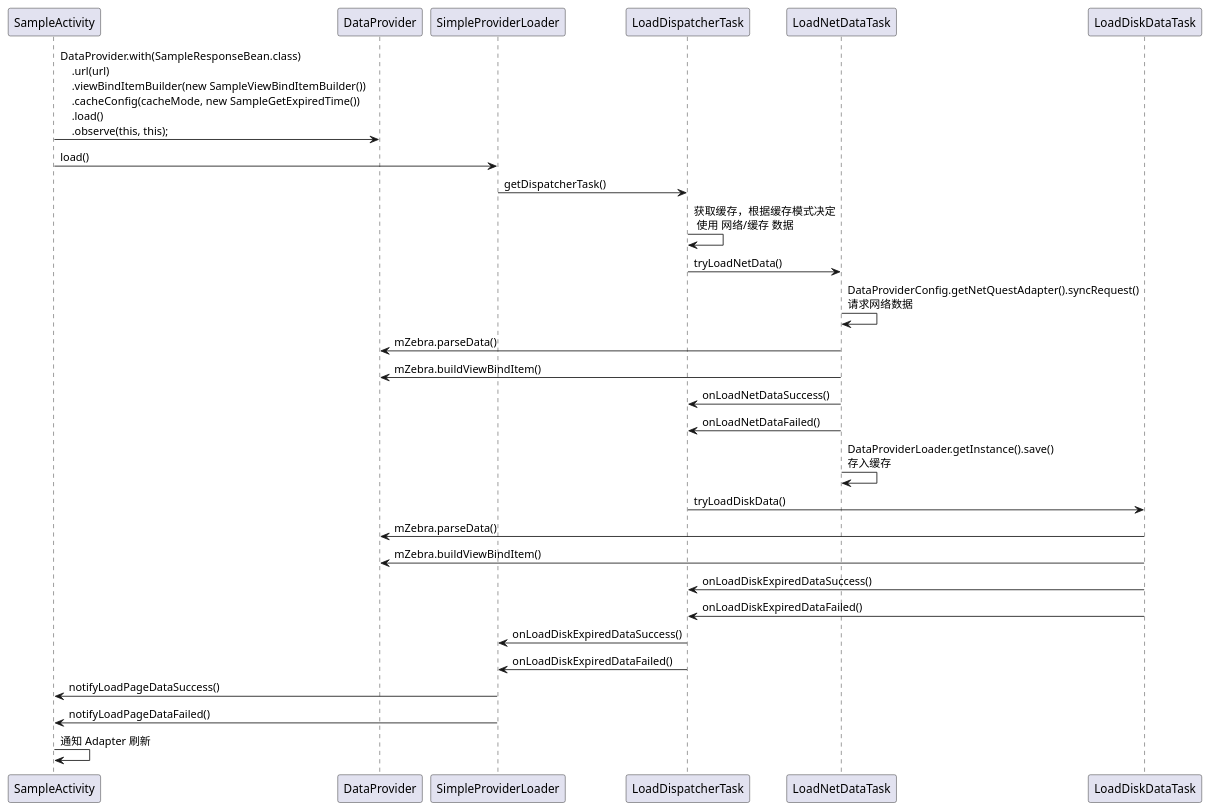
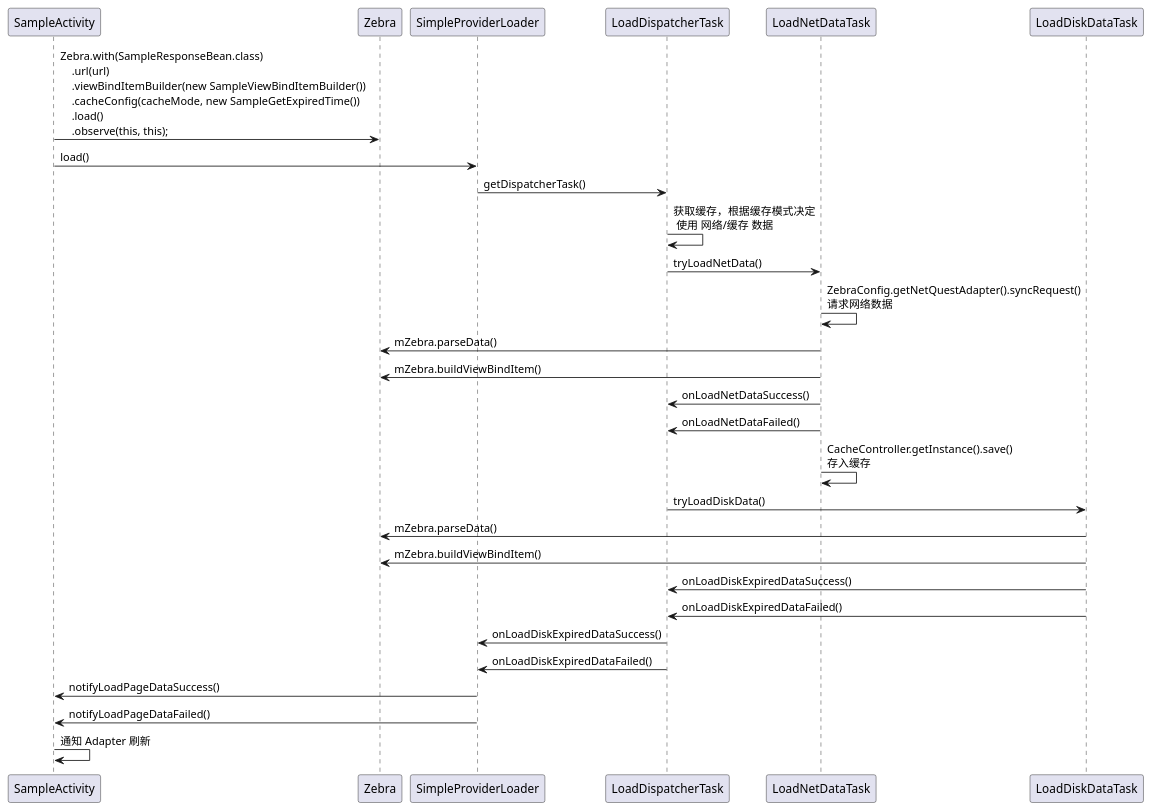
One commit to changer0/HotSearch changed the diagram in zebra_core/design/时序图.puml. Above: the diagram before and after it, drawn with PlantUML. The commit also changed 2 other files, not shown here.

```diff
--- a/zebra_core/design/时序图.puml
+++ b/zebra_core/design/时序图.puml
@@ -1,54 +1,53 @@
 @startuml
 'Alice -> Bob: Authentication Request
 'Bob --> Alice: Authentication Response
 '
 'Alice -> Bob: Another authentication Request
 'Alice <-- Bob: another authentication Response
 
-'SampleActivity -> DataProviderLoader: load(BaseDataProvider)
 
-SampleActivity -> DataProvider: DataProvider.with(SampleResponseBean.class)\n    .url(url)\n    .viewBindItemBuilder(new SampleViewBindItemBuilder())\n    .cacheConfig(cacheMode, new SampleGetExpiredTime())\n    .load()\n    .observe(this, this);
+SampleActivity -> Zebra: Zebra.with(SampleResponseBean.class)\n    .url(url)\n    .viewBindItemBuilder(new SampleViewBindItemBuilder())\n    .cacheConfig(cacheMode, new SampleGetExpiredTime())\n    .load()\n    .observe(this, this);
 
 SampleActivity -> SimpleProviderLoader : load()
 
 SimpleProviderLoader -> LoadDispatcherTask: getDispatcherTask()
 
 LoadDispatcherTask -> LoadDispatcherTask: 获取缓存，根据缓存模式决定\n 使用 网络/缓存 数据
 
 LoadDispatcherTask -> LoadNetDataTask: tryLoadNetData()
 
-LoadNetDataTask -> LoadNetDataTask: DataProviderConfig.getNetQuestAdapter().syncRequest()\n请求网络数据
+LoadNetDataTask -> LoadNetDataTask: ZebraConfig.getNetQuestAdapter().syncRequest()\n请求网络数据
 
-LoadNetDataTask -> DataProvider:  mZebra.parseData()
+LoadNetDataTask -> Zebra:  mZebra.parseData()
 
-LoadNetDataTask -> DataProvider:  mZebra.buildViewBindItem()
+LoadNetDataTask -> Zebra:  mZebra.buildViewBindItem()
 
 LoadNetDataTask -> LoadDispatcherTask: onLoadNetDataSuccess()
 
 LoadNetDataTask -> LoadDispatcherTask: onLoadNetDataFailed()
 
-LoadNetDataTask -> LoadNetDataTask: DataProviderLoader.getInstance().save()\n存入缓存
+LoadNetDataTask -> LoadNetDataTask: CacheController.getInstance().save()\n存入缓存
 
 
 LoadDispatcherTask -> LoadDiskDataTask: tryLoadDiskData()
 
 
-LoadDiskDataTask -> DataProvider:  mZebra.parseData()
+LoadDiskDataTask -> Zebra:  mZebra.parseData()
 
-LoadDiskDataTask -> DataProvider:  mZebra.buildViewBindItem()
+LoadDiskDataTask -> Zebra:  mZebra.buildViewBindItem()
 
 LoadDiskDataTask -> LoadDispatcherTask: onLoadDiskExpiredDataSuccess()
 
 LoadDiskDataTask -> LoadDispatcherTask: onLoadDiskExpiredDataFailed()
 
 LoadDispatcherTask -> SimpleProviderLoader: onLoadDiskExpiredDataSuccess()
 
 LoadDispatcherTask -> SimpleProviderLoader: onLoadDiskExpiredDataFailed()
 
 SimpleProviderLoader -> SampleActivity: notifyLoadPageDataSuccess()
 
 SimpleProviderLoader -> SampleActivity: notifyLoadPageDataFailed()
 
 SampleActivity -> SampleActivity: 通知 Adapter 刷新
 
 @enduml
```
